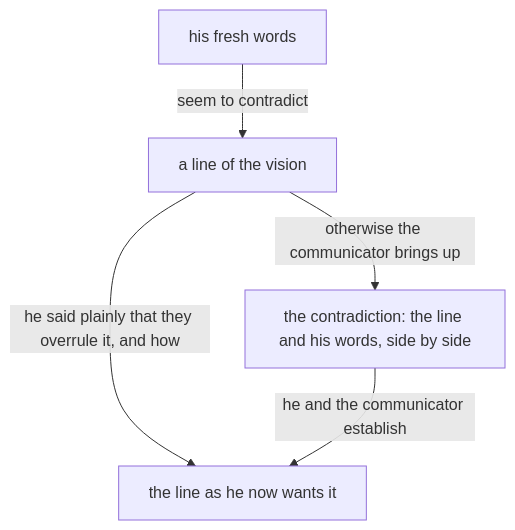
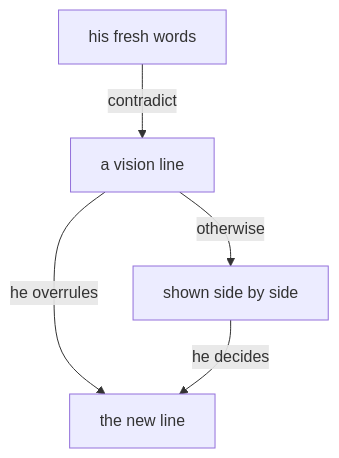
Before and after one commit to LiGoldragon/psyche-belief: the third of 3 diagrams in intent/hearing-the-living/0.md, drawn with Mermaid. The commit also changed other lines of this file, not shown here.

````diff
--- a/intent/hearing-the-living/0.md
+++ b/intent/hearing-the-living/0.md
@@ -22,7 +40,7 @@
 ```mermaid
 flowchart TB
-    f["his fresh words"] -- "seem to contradict" --> v["a line of the vision"]
-    v -- "he said plainly that they overrule it, and how" --> n["the line as he now wants it"]
-    v -- "otherwise the communicator brings up" --> c["the contradiction: the line and his words, side by side"]
-    c -- "he and the communicator establish" --> n
+    f["his fresh words"] -- "contradict" --> v["a vision line"]
+    v -- "he overrules" --> n["the new line"]
+    v -- "otherwise" --> s["shown side by side"]
+    s -- "he decides" --> n
 ```
````
